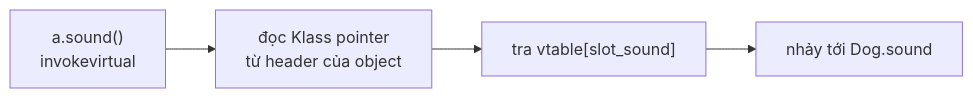
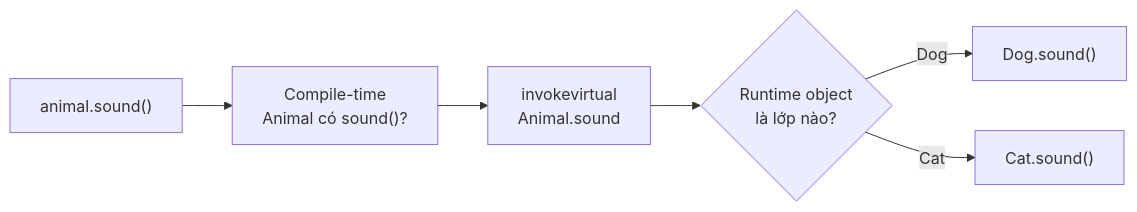
One commit to vanhiep99w/java-learn changed the first of 2 diagrams in content/docs/fundamentals/oop-4-tinh-chat.md. Above: the diagram before and after it, drawn with Mermaid. The commit also changed other lines of this file, not shown here.

````diff
--- a/content/docs/fundamentals/oop-4-tinh-chat.md
+++ b/content/docs/fundamentals/oop-4-tinh-chat.md
@@ -157,6 +212,8 @@
 ```mermaid
 flowchart LR
-    A["a.sound()<br/>invokevirtual"] --> B["đọc Klass pointer<br/>từ header của object"]
-    B --> C["tra vtable[slot_sound]"]
-    C --> D["nhảy tới Dog.sound"]
+    Call["animal.sound()"] --> Compile["Compile-time<br/>Animal có sound()?"]
+    Compile --> Bytecode["invokevirtual<br/>Animal.sound"]
+    Bytecode --> Runtime{"Runtime object<br/>là lớp nào?"}
+    Runtime -->|Dog| Dog["Dog.sound()"]
+    Runtime -->|Cat| Cat["Cat.sound()"]
 ```
````
